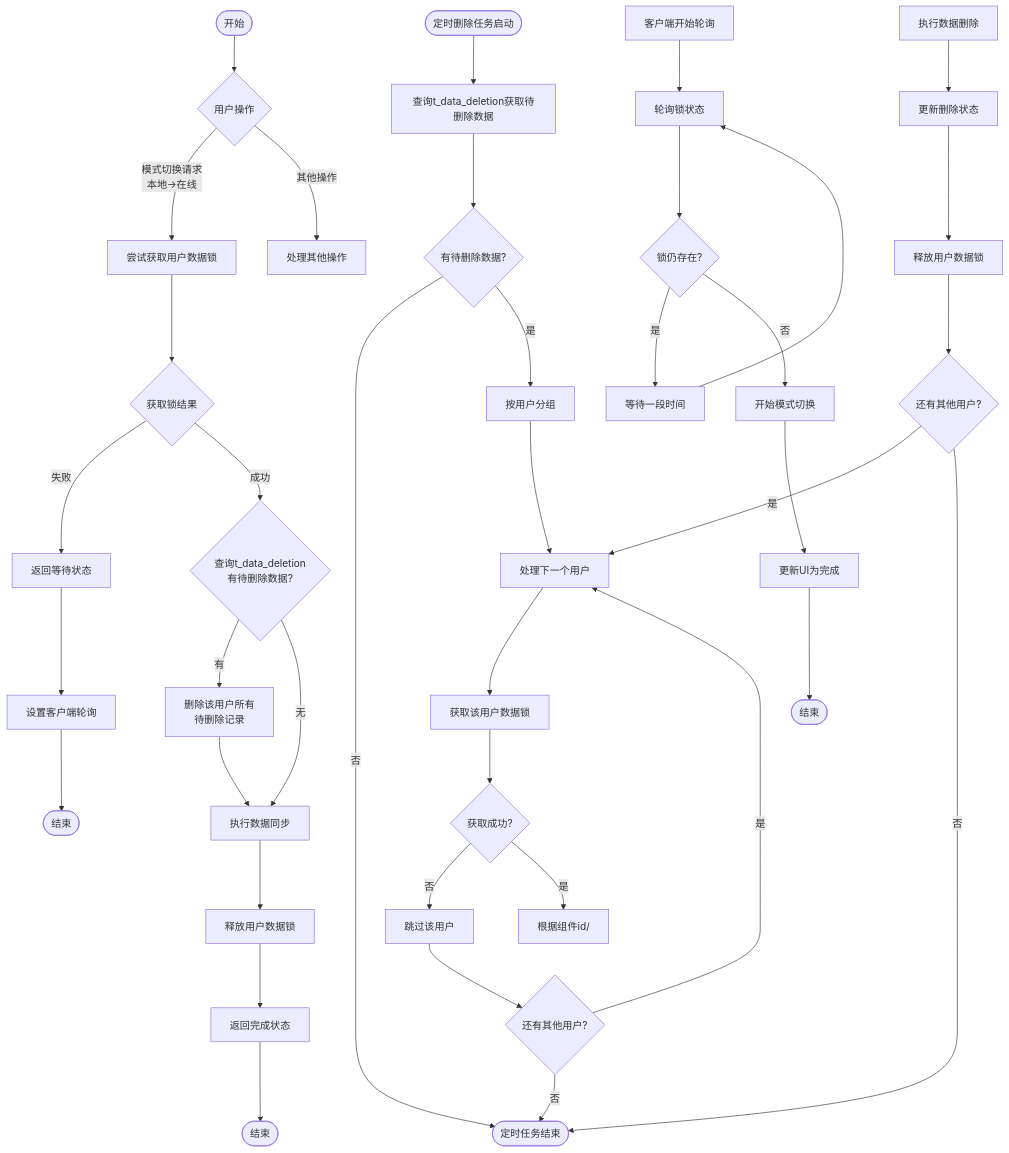
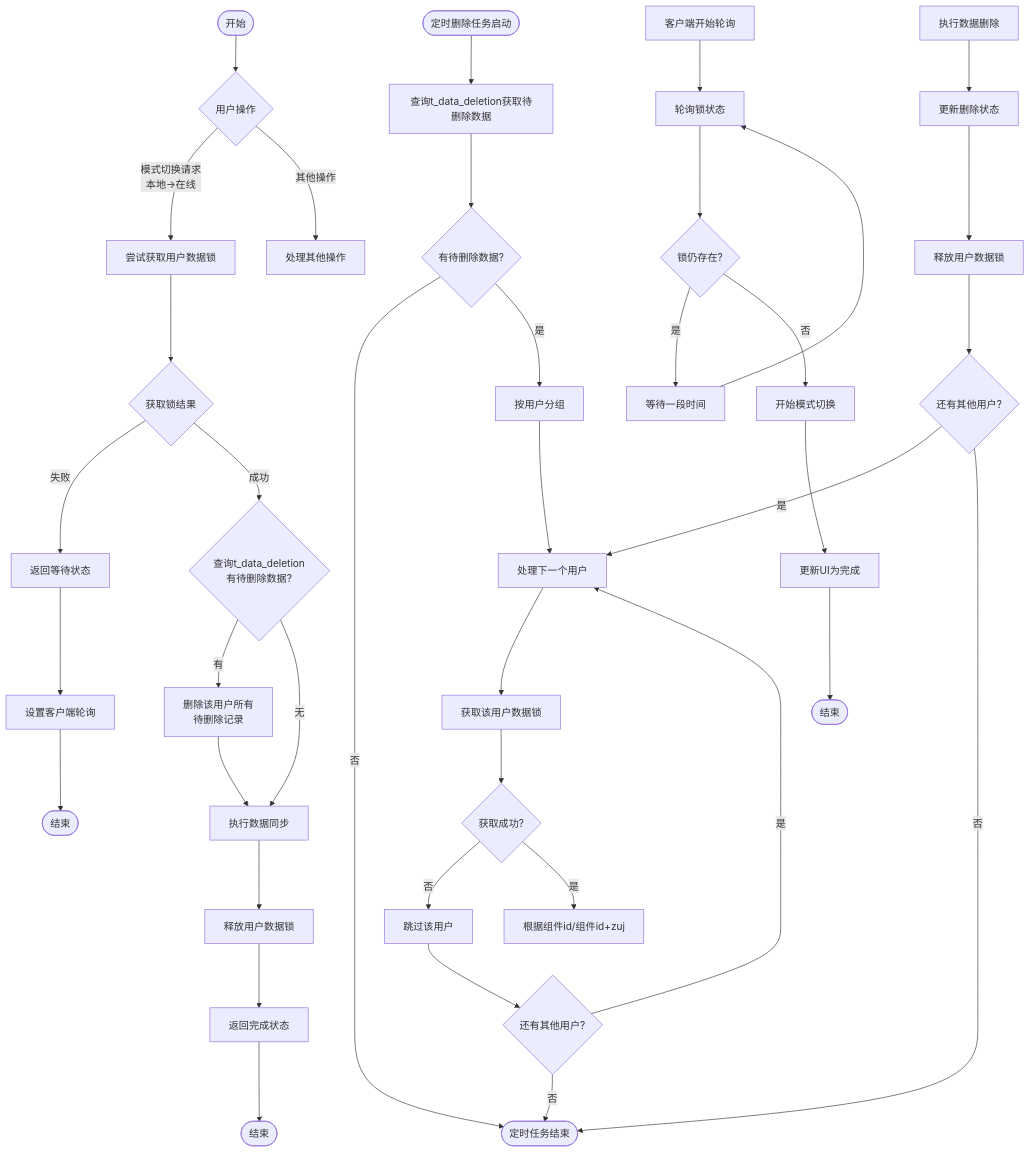
One commit to yingjianzh/iodraw-files changed the diagram in all/未命名-57.md. Above: the diagram before and after it, drawn with Mermaid.

Commit message:
2025-05-12 11:21:21 update

````diff
--- a/all/未命名-57.md
+++ b/all/未命名-57.md
@@ -1,61 +1,61 @@
 ```mermaid
 flowchart TD
     %% 主要分支
     Start([开始]) --> UserAction{用户操作}
     UserAction -->|模式切换请求\n本地→在线| TryLock[尝试获取用户数据锁]
     UserAction -->|其他操作| OtherOps[处理其他操作]
     
     %% 定时删除任务分支
     ScheduledTask([定时删除任务启动]) --> QueryDeletions[查询t_data_deletion获取待删除数据]
     QueryDeletions --> HasTasks{有待删除数据?}
     HasTasks -->|否| TaskEnd([定时任务结束])
     HasTasks -->|是| GroupByUser[按用户分组]
     
     %% 处理用户数据删除
     GroupByUser --> ProcessNextUser[处理下一个用户]
     ProcessNextUser --> AcquireLock[获取该用户数据锁]
     AcquireLock --> LockSuccess{获取成功?}
     
     LockSuccess -->|否| SkipUser[跳过该用户]
     SkipUser --> MoreUsers1{还有其他用户?}
     MoreUsers1 -->|是| ProcessNextUser
     MoreUsers1 -->|否| TaskEnd
     
-    LockSuccess -->|是| GetData[根据组件id/]
+    LockSuccess -->|是| GetData[根据组件id/组件id+zuj]
     
     DeleteData[执行数据删除]
     DeleteData --> UpdateStatus[更新删除状态]
     UpdateStatus --> ReleaseLock[释放用户数据锁]
     ReleaseLock --> MoreUsers2{还有其他用户?}
     MoreUsers2 -->|是| ProcessNextUser
     MoreUsers2 -->|否| TaskEnd
     
     %% 模式切换流程
     TryLock --> LockResult{获取锁结果}
     
     LockResult -->|失败| ReturnWaiting[返回等待状态]
     ReturnWaiting --> SetupPolling[设置客户端轮询]
     SetupPolling --> End1([结束])
     
     LockResult -->|成功| CheckPendingDeletion{查询t_data_deletion\n有待删除数据?}
     
     CheckPendingDeletion -->|有| RemoveDeletionRecords[删除该用户所有\n待删除记录]
     RemoveDeletionRecords --> PerformSync[执行数据同步]
     
     CheckPendingDeletion -->|无| PerformSync
     
     PerformSync --> ReleaseSwitchLock[释放用户数据锁]
     ReleaseSwitchLock --> ReturnComplete[返回完成状态]
     ReturnComplete --> End2([结束])
     
     %% 客户端轮询
     ClientPolling[客户端开始轮询] --> PollLockStatus[轮询锁状态]
     PollLockStatus --> StillLocked{锁仍存在?}
     
     StillLocked -->|是| WaitInterval[等待一段时间]
     WaitInterval --> PollLockStatus
     
     StillLocked -->|否| StartSwitch[开始模式切换]
     StartSwitch --> CompleteUI[更新UI为完成]
     CompleteUI --> End3([结束])
 ```
````
